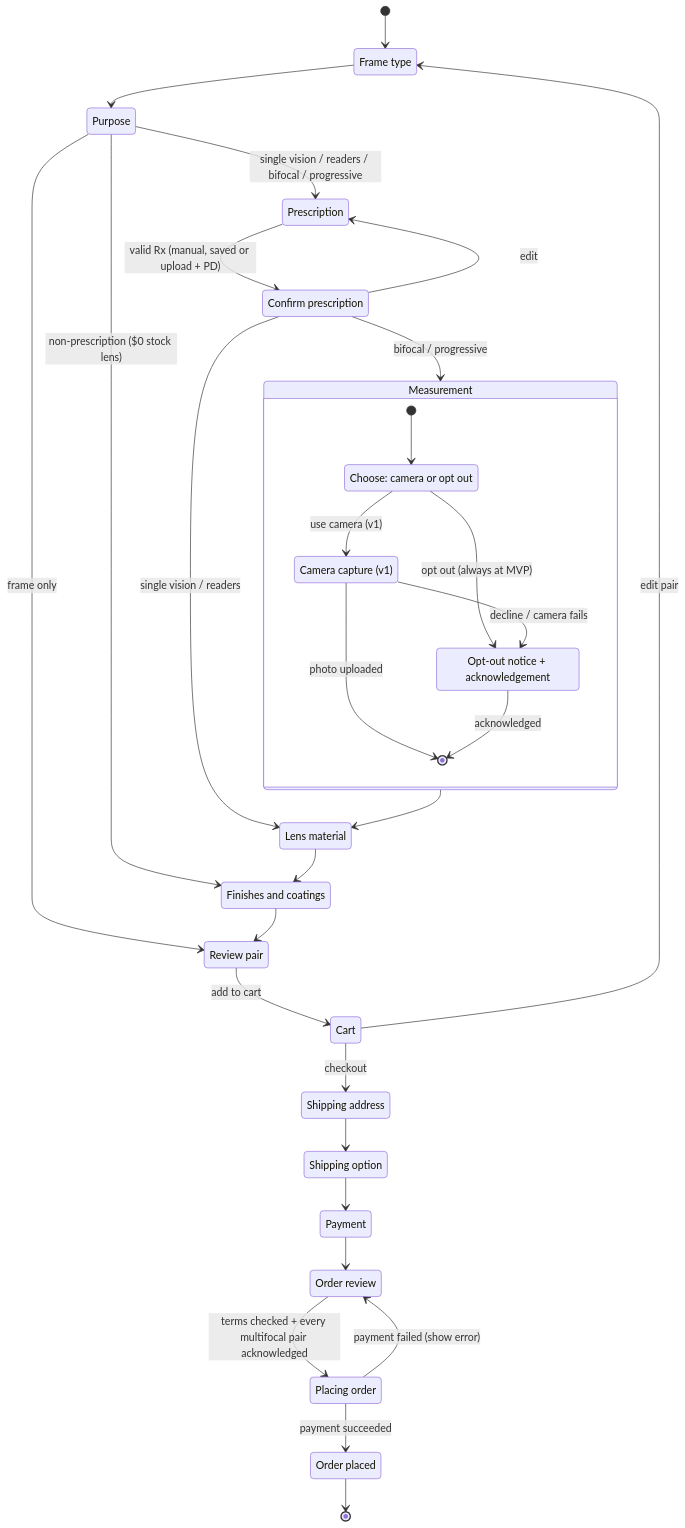
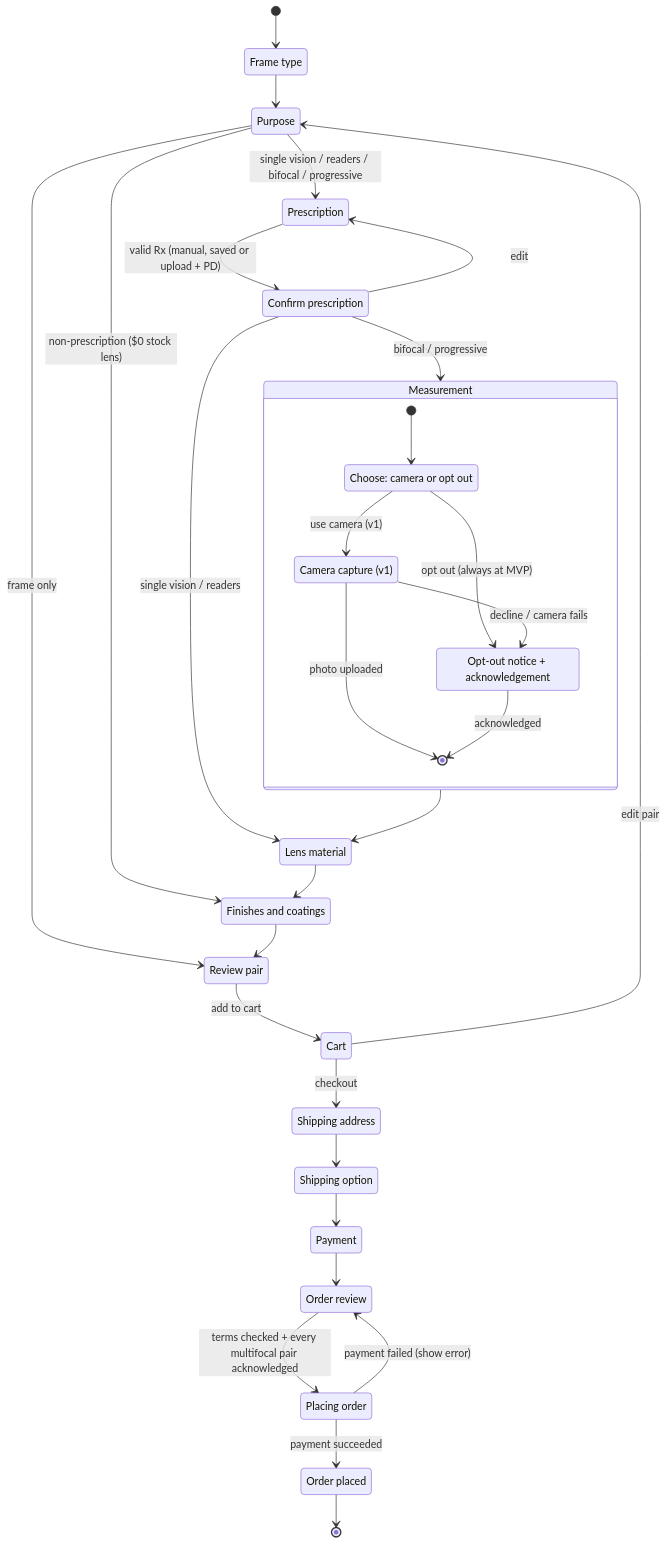
Before and after one commit to jocuri0427/DonFiel: the fourth of 7 diagrams in project_scope.md, drawn with Mermaid. The commit also changed other lines of this file, not shown here.

First line of the commit message:
Update cart editing behavior for pairs

````diff
--- a/project_scope.md
+++ b/project_scope.md
@@ -872,51 +872,51 @@
 ```mermaid
 stateDiagram-v2
     state "Frame type" as FrameType
     state "Purpose" as Purpose
     state "Prescription" as Rx
     state "Confirm prescription" as ConfirmRx
     state "Measurement" as Measure {
         state "Choose: camera or opt out" as Choose
         state "Camera capture (v1)" as Camera
         state "Opt-out notice + acknowledgement" as OptOut
         [*] --> Choose
         Choose --> Camera: use camera (v1)
         Choose --> OptOut: opt out (always at MVP)
         Camera --> OptOut: decline / camera fails
         Camera --> [*]: photo uploaded
         OptOut --> [*]: acknowledged
     }
     state "Lens material" as Material
     state "Finishes and coatings" as Finishes
     state "Review pair" as ReviewPair
     state "Cart" as Cart
     state "Shipping address" as Address
     state "Shipping option" as Ship
     state "Payment" as Pay
     state "Order review" as Review
     state "Placing order" as Placing
     state "Order placed" as Done
 
     [*] --> FrameType
     FrameType --> Purpose
     Purpose --> ReviewPair: frame only
     Purpose --> Finishes: non-prescription ($0 stock lens)
     Purpose --> Rx: single vision / readers / bifocal / progressive
     Rx --> ConfirmRx: valid Rx (manual, saved or upload + PD)
     ConfirmRx --> Rx: edit
     ConfirmRx --> Measure: bifocal / progressive
     ConfirmRx --> Material: single vision / readers
     Measure --> Material
     Material --> Finishes
     Finishes --> ReviewPair
     ReviewPair --> Cart: add to cart
-    Cart --> FrameType: edit pair
+    Cart --> Purpose: edit pair
     Cart --> Address: checkout
     Address --> Ship
     Ship --> Pay
     Pay --> Review
     Review --> Placing: terms checked + every multifocal pair acknowledged
     Placing --> Done: payment succeeded
     Placing --> Review: payment failed (show error)
     Done --> [*]
 ```
````
